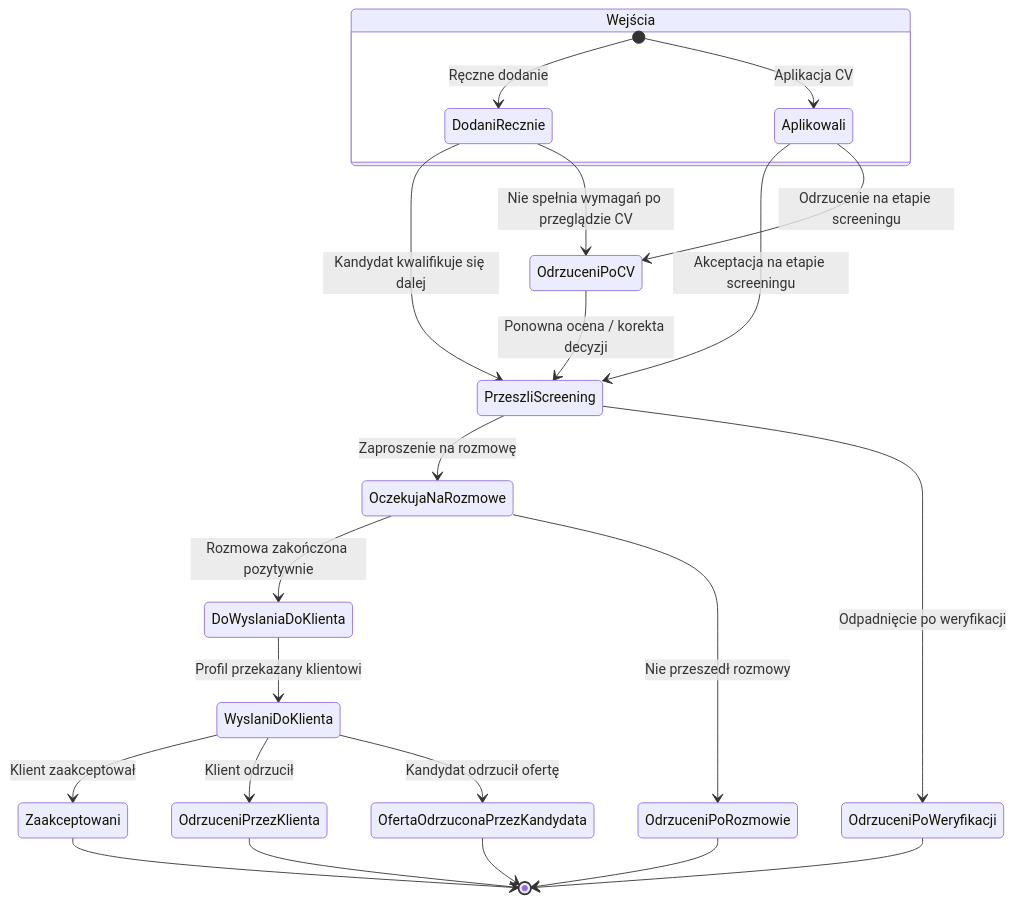
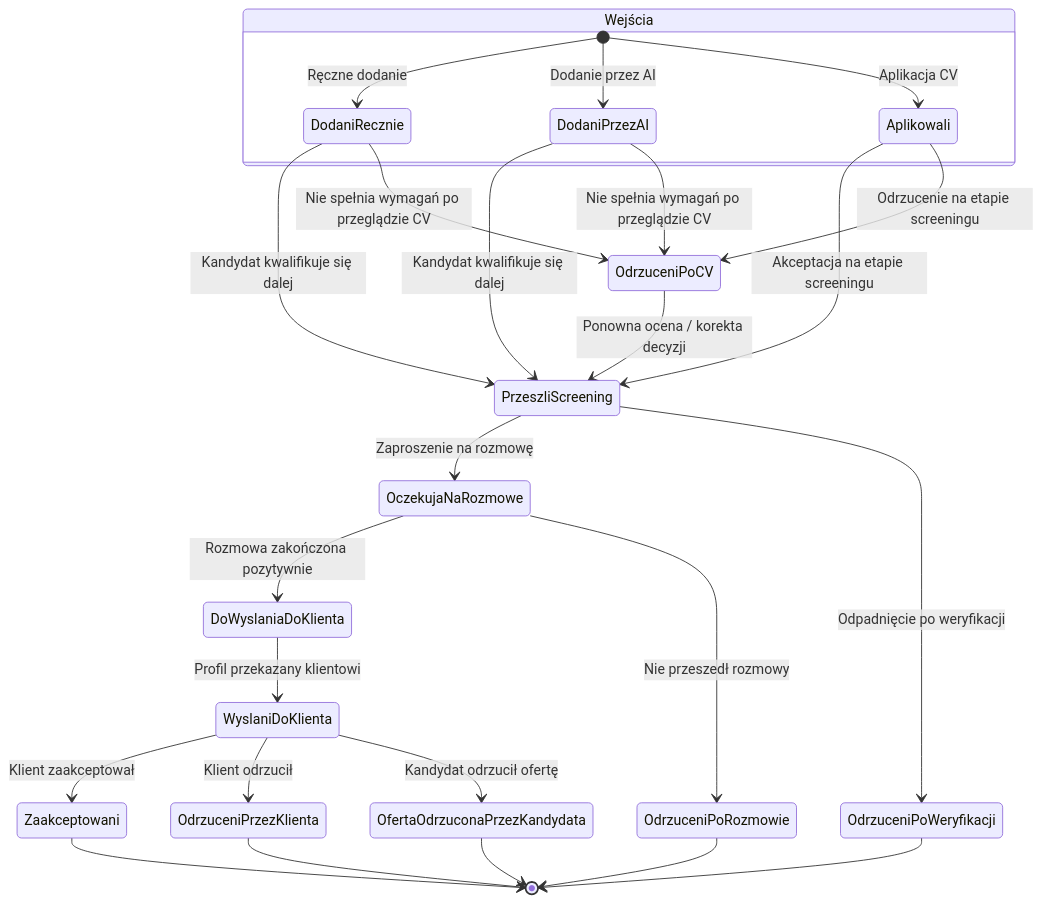
The diagram in documentation/statusy-kandydatow-w-projektach-rekrutacyjnych.md (bmankowski/FreeCRM), drawn with Mermaid before and after one commit. The commit also changed other lines of this file and 15 other files, not shown here.

````diff
--- a/documentation/statusy-kandydatow-w-projektach-rekrutacyjnych.md
+++ b/documentation/statusy-kandydatow-w-projektach-rekrutacyjnych.md
@@ -43,35 +45,39 @@
 ```mermaid
 stateDiagram-v2
     direction TB
 
     state "Wejścia" as entry {
         [*] --> DodaniRecznie: Ręczne dodanie
+        [*] --> DodaniPrzezAI: Dodanie przez AI
         [*] --> Aplikowali: Aplikacja CV
     }
 
     DodaniRecznie --> PrzeszliScreening: Kandydat kwalifikuje się dalej
     DodaniRecznie --> OdrzuceniPoCV: Nie spełnia wymagań po przeglądzie CV
+
+    DodaniPrzezAI --> PrzeszliScreening: Kandydat kwalifikuje się dalej
+    DodaniPrzezAI --> OdrzuceniPoCV: Nie spełnia wymagań po przeglądzie CV
 
     Aplikowali --> PrzeszliScreening: Akceptacja na etapie screeningu
     Aplikowali --> OdrzuceniPoCV: Odrzucenie na etapie screeningu
 
     OdrzuceniPoCV --> PrzeszliScreening: Ponowna ocena / korekta decyzji
 
     PrzeszliScreening --> OczekujaNaRozmowe: Zaproszenie na rozmowę
     PrzeszliScreening --> OdrzuceniPoWeryfikacji: Odpadnięcie po weryfikacji
 
     OczekujaNaRozmowe --> DoWyslaniaDoKlienta: Rozmowa zakończona pozytywnie
     OczekujaNaRozmowe --> OdrzuceniPoRozmowie: Nie przeszedł rozmowy
 
     DoWyslaniaDoKlienta --> WyslaniDoKlienta: Profil przekazany klientowi
 
     WyslaniDoKlienta --> Zaakceptowani: Klient zaakceptował
     WyslaniDoKlienta --> OdrzuceniPrzezKlienta: Klient odrzucił
     WyslaniDoKlienta --> OfertaOdrzuconaPrzezKandydata: Kandydat odrzucił ofertę
 
     Zaakceptowani --> [*]
     OdrzuceniPoWeryfikacji --> [*]
     OdrzuceniPoRozmowie --> [*]
     OfertaOdrzuconaPrzezKandydata --> [*]
     OdrzuceniPrzezKlienta --> [*]
 ```
````
